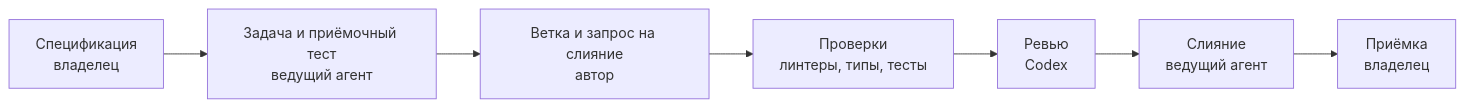
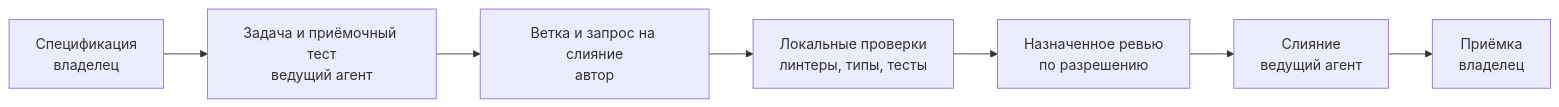
Before and after one commit to hawkxdev/reply-assistant: the diagram in README.ru.md, drawn with Mermaid. The commit also changed other lines of this file and 5 other files, not shown here.

````diff
--- a/README.ru.md
+++ b/README.ru.md
@@ -135,9 +146,9 @@
 ```mermaid
 flowchart LR
     S[Спецификация<br/>владелец] --> I[Задача и приёмочный тест<br/>ведущий агент]
     I --> A[Ветка и запрос на слияние<br/>автор]
-    A --> C[Проверки<br/>линтеры, типы, тесты]
-    C --> R[Ревью<br/>Codex]
+    A --> C[Локальные проверки<br/>линтеры, типы, тесты]
+    C --> R[Назначенное ревью<br/>по разрешению]
     R --> M[Слияние<br/>ведущий агент]
     M --> P[Приёмка<br/>владелец]
 ```
````
